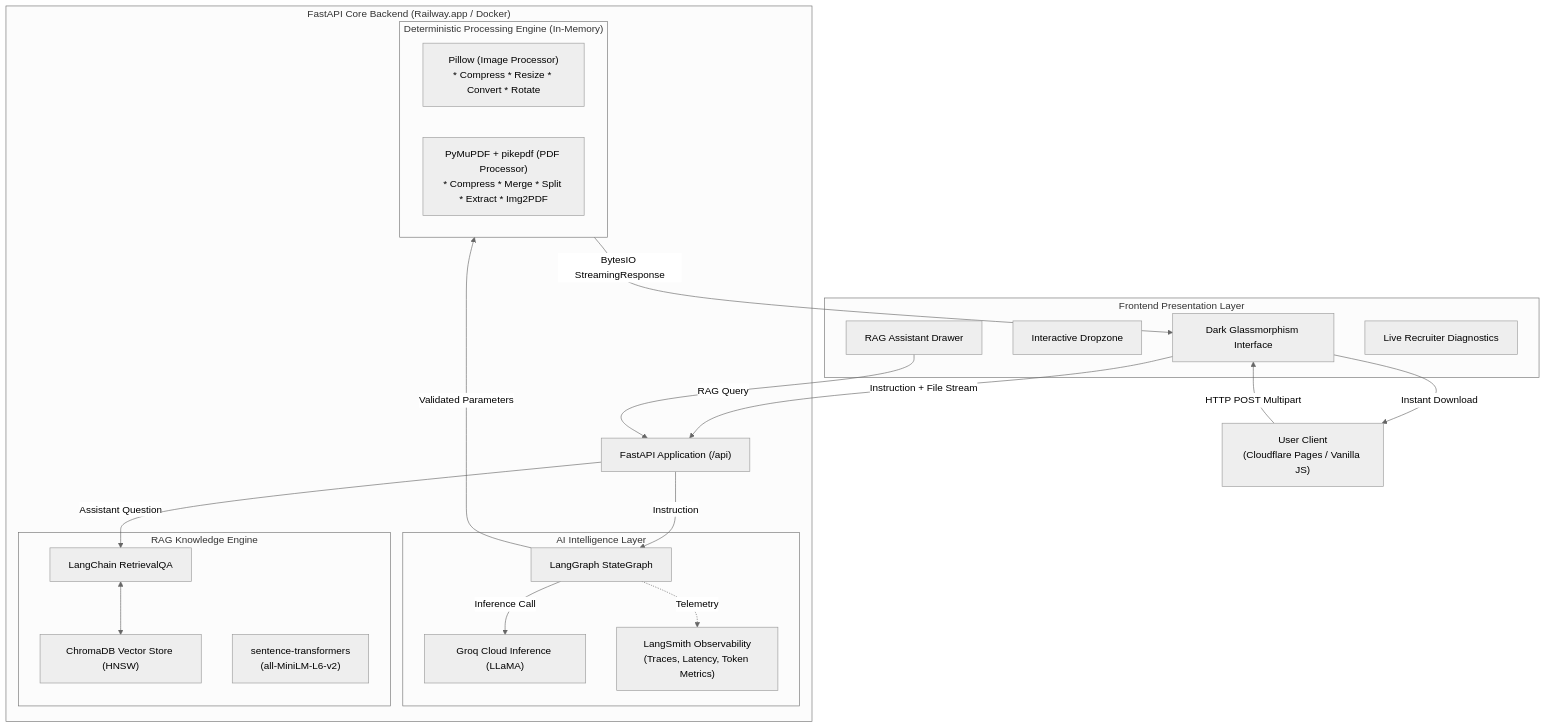
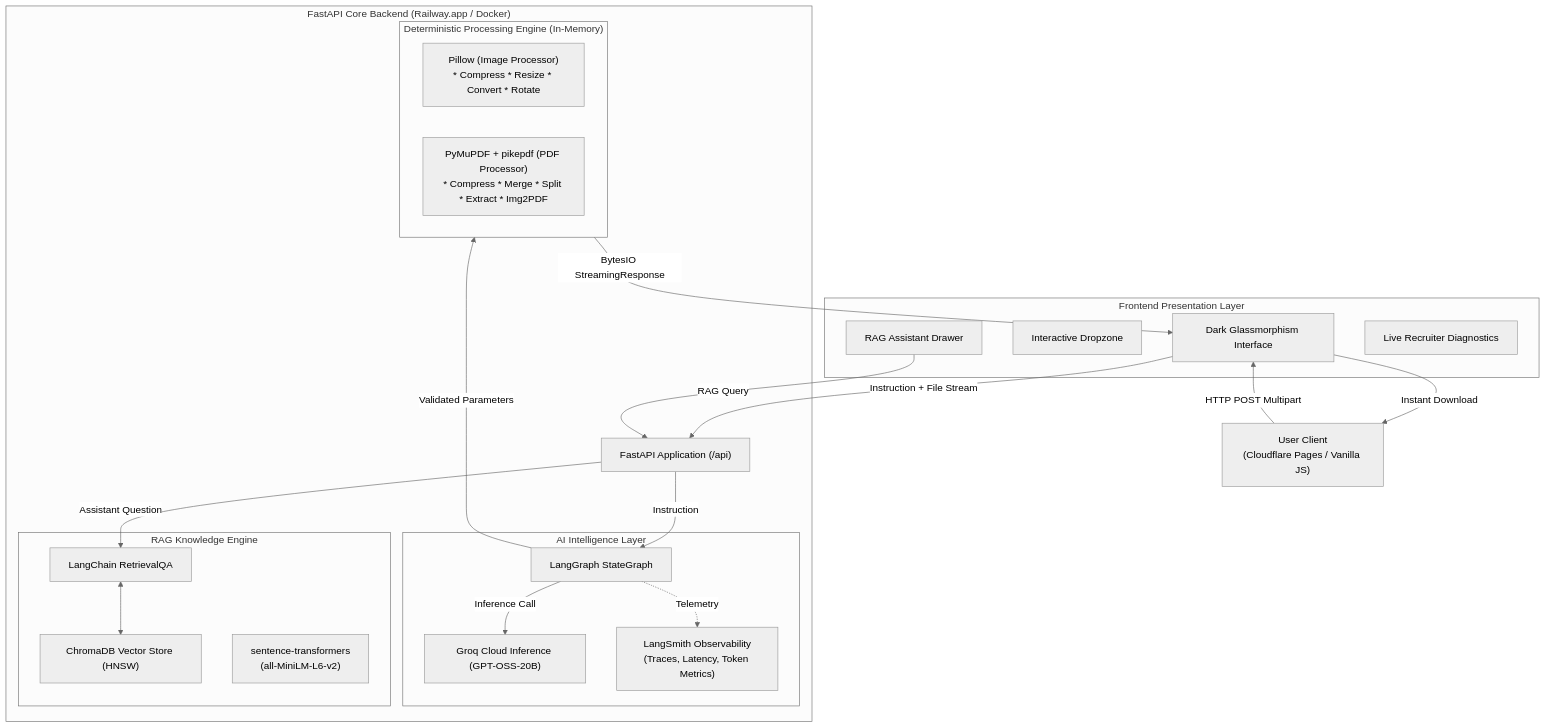
Before and after one commit to iamsayanmandal/nexaforge-ai: the diagram in README.md, drawn with Mermaid (neutral theme). The commit also changed other lines of this file and 10 other files, not shown here.

Commit message:
feat(ui): add PWA support, mobile responsiveness, GPT-OSS model branding, and portfolio reference

````diff
--- a/README.md
+++ b/README.md
@@ -34,47 +34,47 @@
 ```mermaid
 flowchart TD
     User["User Client\n(Cloudflare Pages / Vanilla JS)"]
     
     subgraph Frontend ["Frontend Presentation Layer"]
         UI["Dark Glassmorphism Interface"]
         Dropzone["Interactive Dropzone"]
         ChatDrawer["RAG Assistant Drawer"]
         Diagnostics["Live Recruiter Diagnostics"]
     end
     
     subgraph Backend ["FastAPI Core Backend (Railway.app / Docker)"]
         API["FastAPI Application (/api)"]
         
         subgraph Agentic ["AI Intelligence Layer"]
             Graph["LangGraph StateGraph"]
-            Groq["Groq Cloud Inference (LLaMA)"]
+            Groq["Groq Cloud Inference (GPT-OSS-20B)"]
             LangSmith["LangSmith Observability\n(Traces, Latency, Token Metrics)"]
         end
         
         subgraph RAG ["RAG Knowledge Engine"]
             Chroma["ChromaDB Vector Store (HNSW)"]
             Embeddings["sentence-transformers\n(all-MiniLM-L6-v2)"]
             Retriever["LangChain RetrievalQA"]
         end
         
         subgraph Deterministic ["Deterministic Processing Engine (In-Memory)"]
             Pillow["Pillow (Image Processor)\n* Compress * Resize * Convert * Rotate"]
             PyMuPDF["PyMuPDF + pikepdf (PDF Processor)\n* Compress * Merge * Split * Extract * Img2PDF"]
         end
     end
     
     User -->|HTTP POST Multipart| UI
     UI -->|Instruction + File Stream| API
     ChatDrawer -->|RAG Query| API
     
     API -->|Instruction| Graph
     Graph -->|Inference Call| Groq
     Graph -.->|Telemetry| LangSmith
     
     Graph -->|Validated Parameters| Deterministic
     API -->|Assistant Question| Retriever
     Retriever <--> Chroma
     
     Deterministic -->|BytesIO StreamingResponse| UI
     UI -->|Instant Download| User
 ```
````
